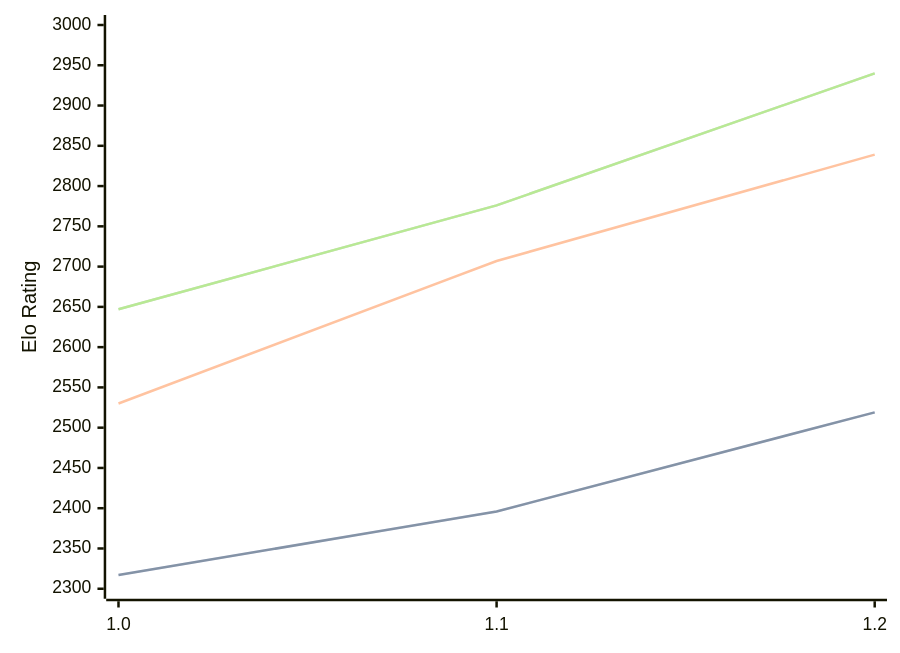
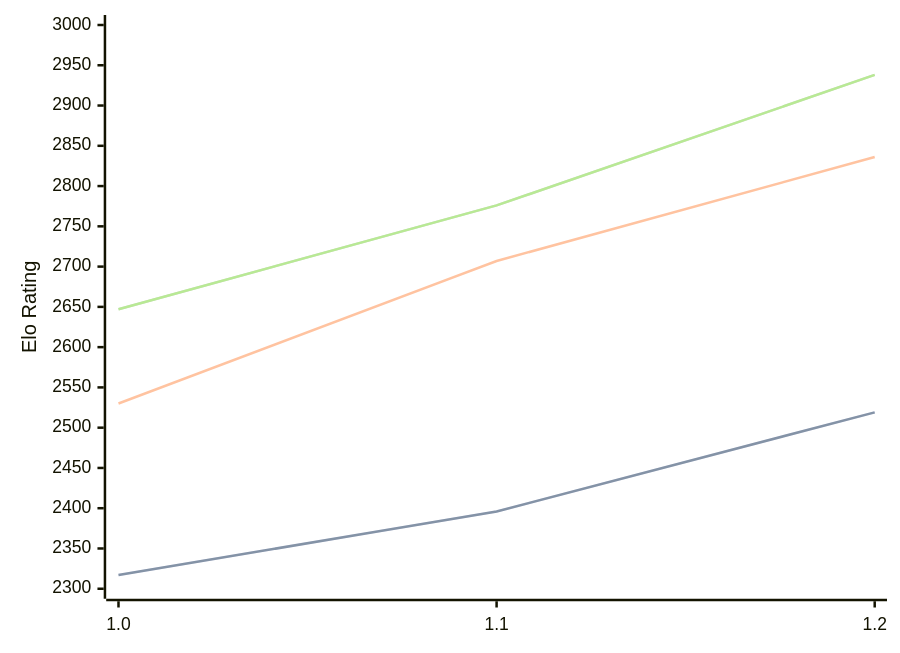
Before and after one commit to computer-chess-index/cci: the diagram in engines/FoxChess.md, drawn with Mermaid. The commit also changed other lines of this file, not shown here.

Commit message:
Update CCI Ratings (ELO VLTC) - 2026-08-30

````diff
--- a/engines/FoxChess.md
+++ b/engines/FoxChess.md
@@ -33,11 +33,11 @@
 ```mermaid
 %%{init: {"theme":"base","themeVariables":{"seriesColors:['#a3a3a3','#222221','#faa371']}}}%%
 xychart-beta
   x-axis ["1.0", "1.1", "1.2"]
   y-axis "Elo Rating" 2300 --> 3000
   line "" [2317, 2396, 2519]
   line "STC (8.0+0.08s)" [2317, 2396, 2519]
-  line "LTC (60.0+0.60s)" [2530, 2707, 2839]
-  line "" [2647, 2776, 2940]
-  line "VLTC (2m24s+1.12s)" [2647, 2776, 2940]
+  line "LTC (60.0+0.60s)" [2530, 2707, 2836]
+  line "" [2647, 2776, 2938]
+  line "VLTC (2m24s+1.12s)" [2647, 2776, 2938]
 ```
````
